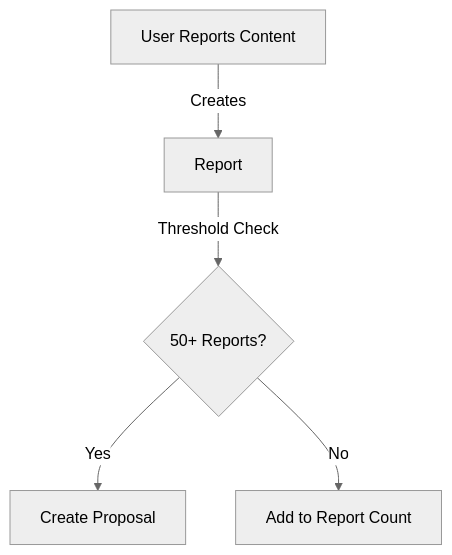
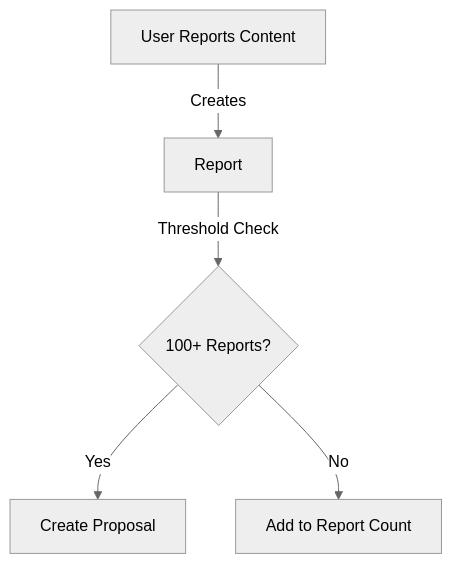
The first of 3 diagrams in DAO_MODERATION.md (Chop-run/docs), drawn with Mermaid (neutral theme) before and after one commit. The commit also changed other lines of this file, not shown here.

````diff
--- a/DAO_MODERATION.md
+++ b/DAO_MODERATION.md
@@ -22,7 +22,7 @@
 ```mermaid
 graph TD
     A[User Reports Content] -->|Creates| B[Report]
-    B -->|Threshold Check| C{50+ Reports?}
+    B -->|Threshold Check| C{100+ Reports?}
     C -->|Yes| D[Create Proposal]
     C -->|No| E[Add to Report Count]
 ```
````
